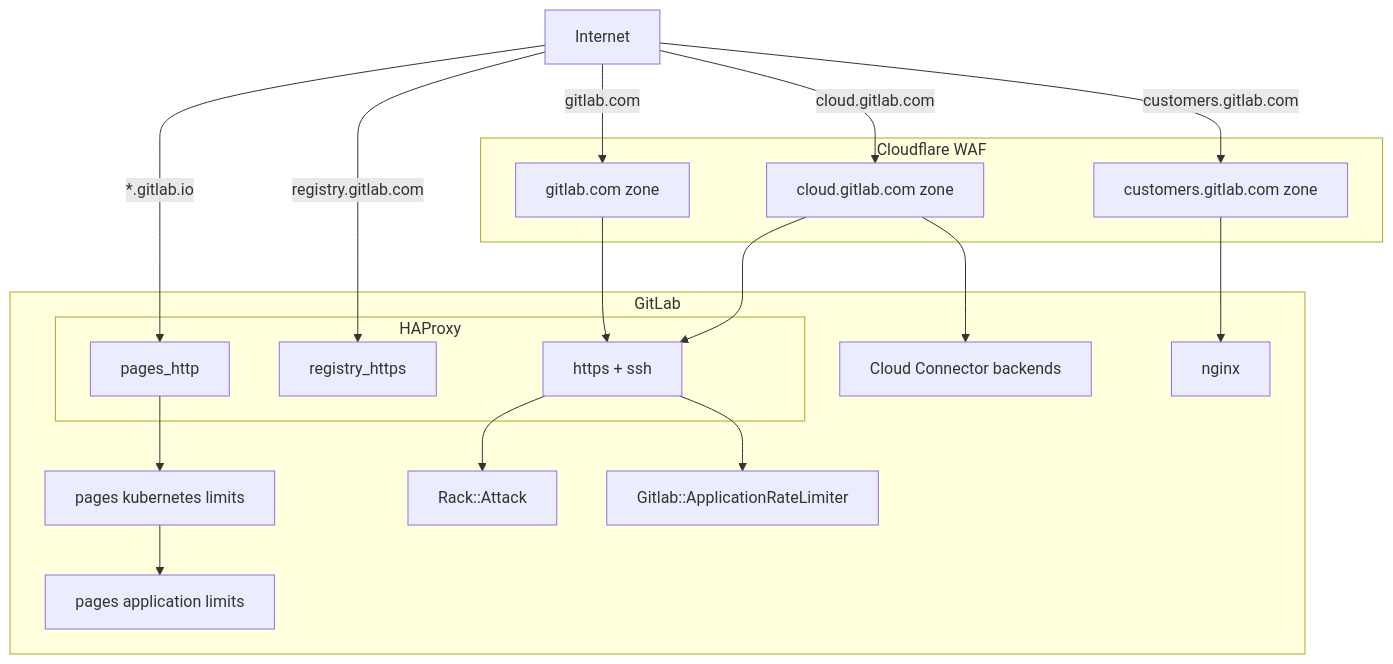
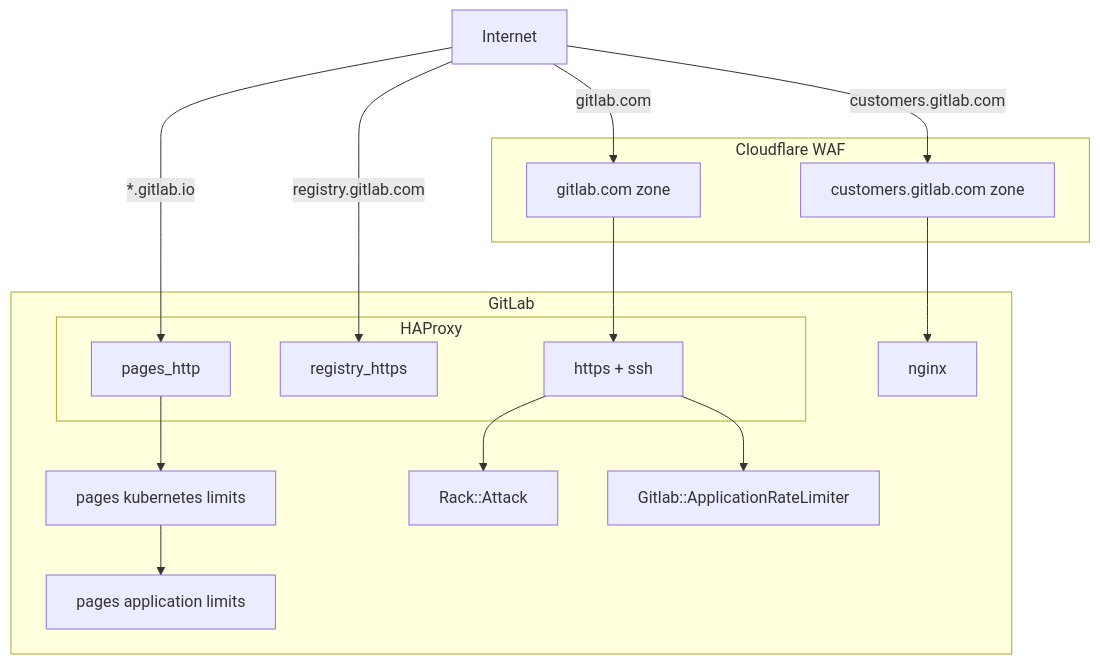
Before and after one commit to moliver28/research-handbook: the first of 2 diagrams in content/handbook/engineering/infrastructure/rate-limiting/_index.md, drawn with Mermaid. The commit also changed other lines of this file, not shown here.

Commit message:
Break out CC architecture

````diff
--- a/content/handbook/engineering/infrastructure/rate-limiting/_index.md
+++ b/content/handbook/engineering/infrastructure/rate-limiting/_index.md
@@ -20,34 +22,29 @@
 ```mermaid
 flowchart TD
     A[Internet]
     A -->|gitlab.com| D(Cloudflare WAF)
-    A -->|cloud.gitlab.com| E
     A -->|customers.gitlab.com| F
     subgraph ide3 [Cloudflare WAF]
         D[gitlab.com zone]
-        E[cloud.gitlab.com zone]
         F[customers.gitlab.com zone]
     end
     A -->|*.gitlab.io| C
     A -->|registry.gitlab.com| N
     D --> G
-    E --> G
-    E --> L
     F --> H
     subgraph ide2 [GitLab]
         subgraph ide1 [HAProxy]
             C[pages_http]
             N[registry_https]
             G[https + ssh]
         end
         C --> K
-        L[Cloud Connector backends]
         H[nginx]
         K[pages kubernetes limits]
         K-->M[pages application limits]
         I[Rack::Attack]
         J[Gitlab::ApplicationRateLimiter]
     end
     G --> I
     G --> J
 ```
````
